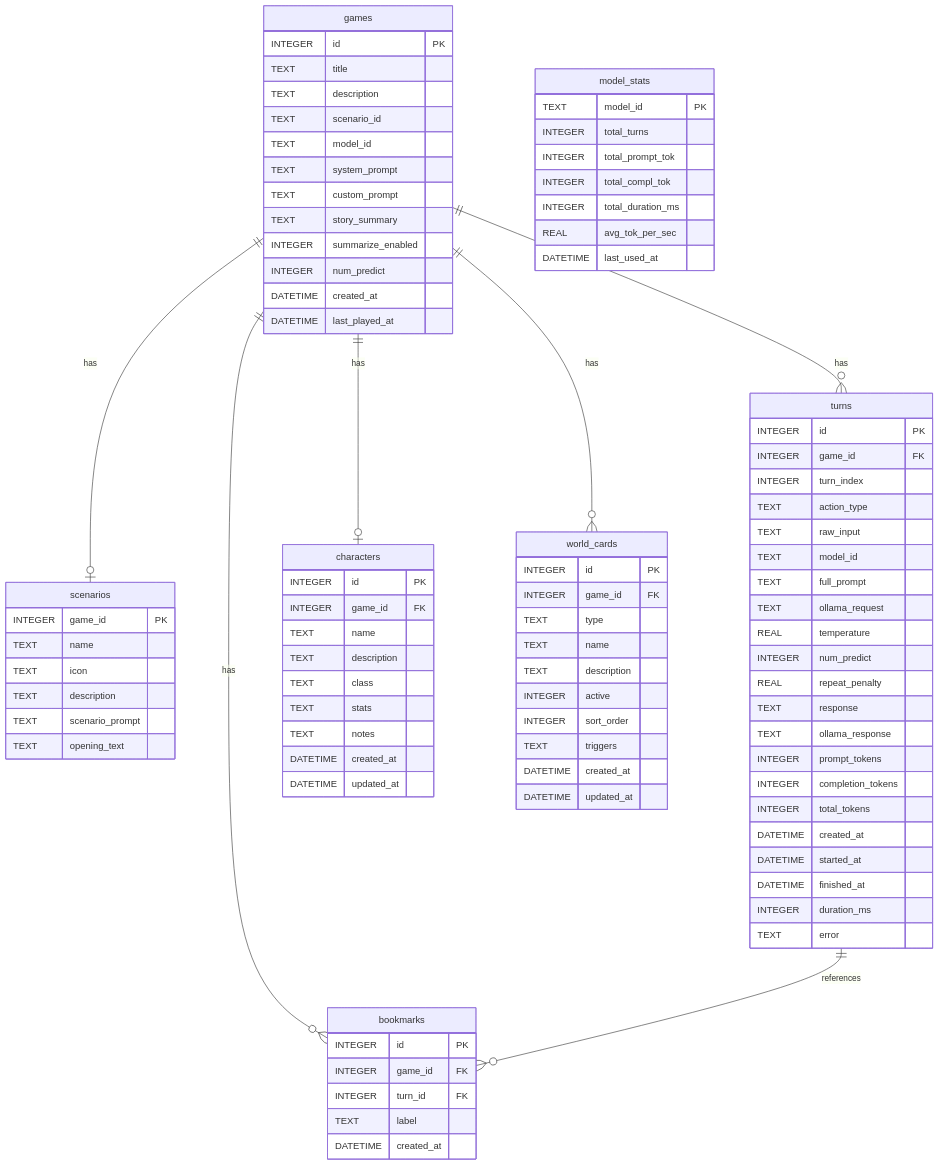
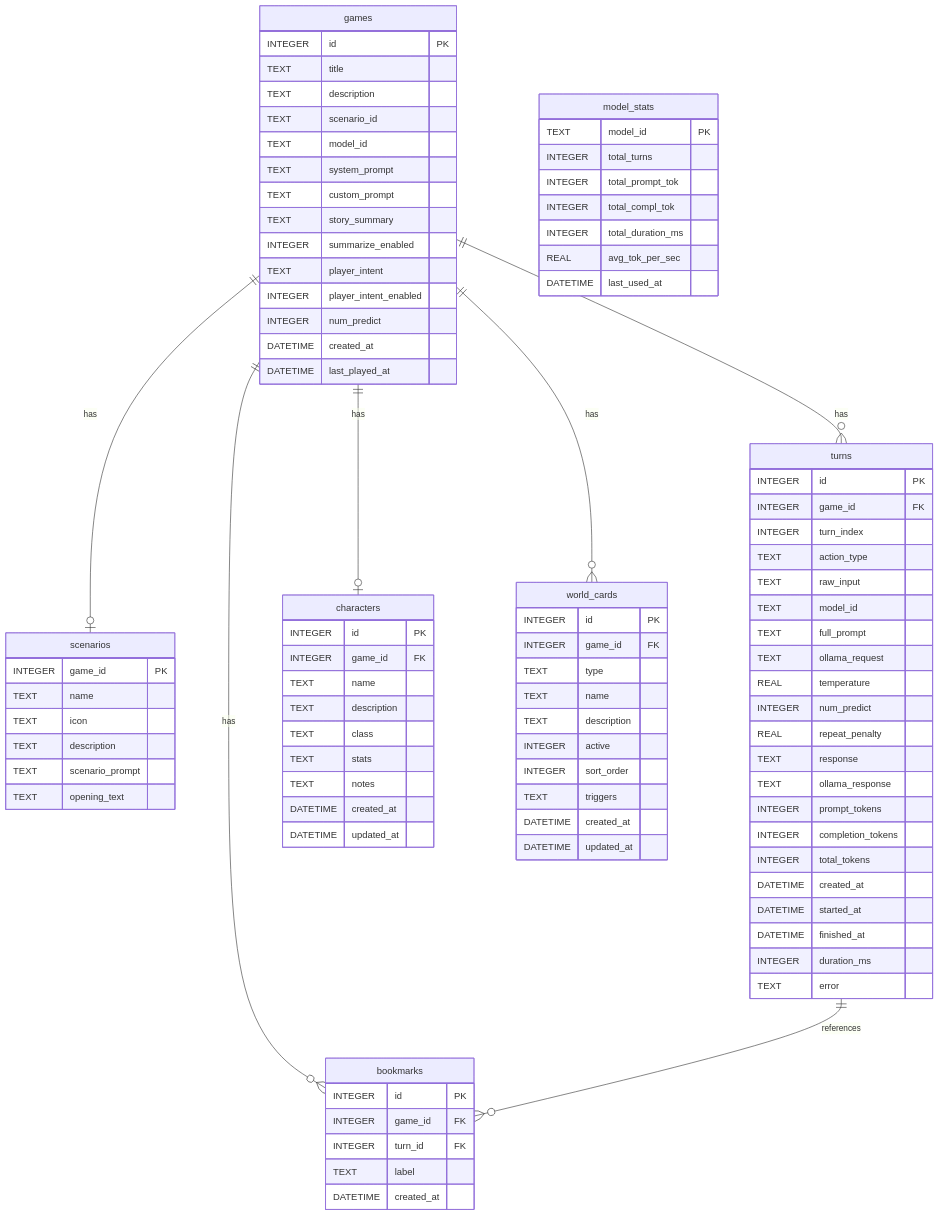
The diagram in datamodell.md (vreezy/storytelling), drawn with Mermaid before and after one commit. The commit also changed other lines of this file and 16 other files, not shown here.

```diff
--- a/datamodell.md
+++ b/datamodell.md
@@ -14,6 +14,8 @@
         TEXT custom_prompt
         TEXT story_summary
         INTEGER summarize_enabled
+        TEXT player_intent
+        INTEGER player_intent_enabled
         INTEGER num_predict
         DATETIME created_at
         DATETIME last_played_at
```
